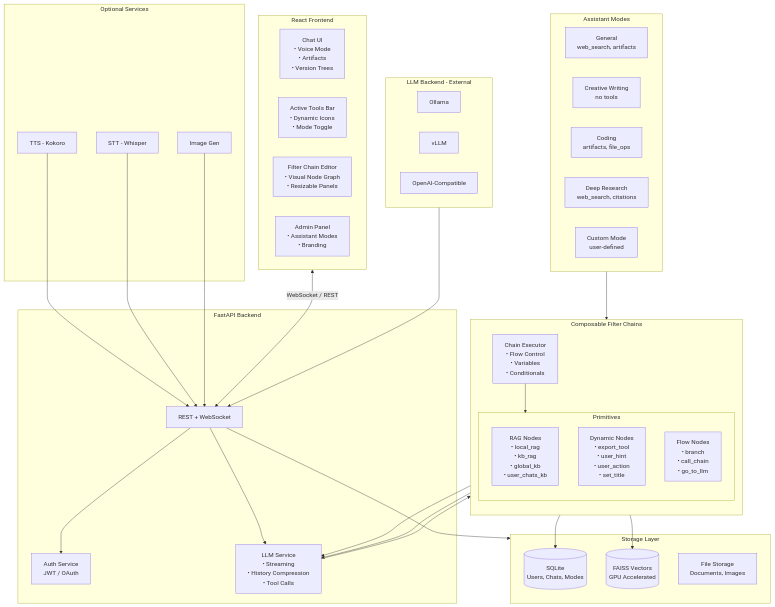
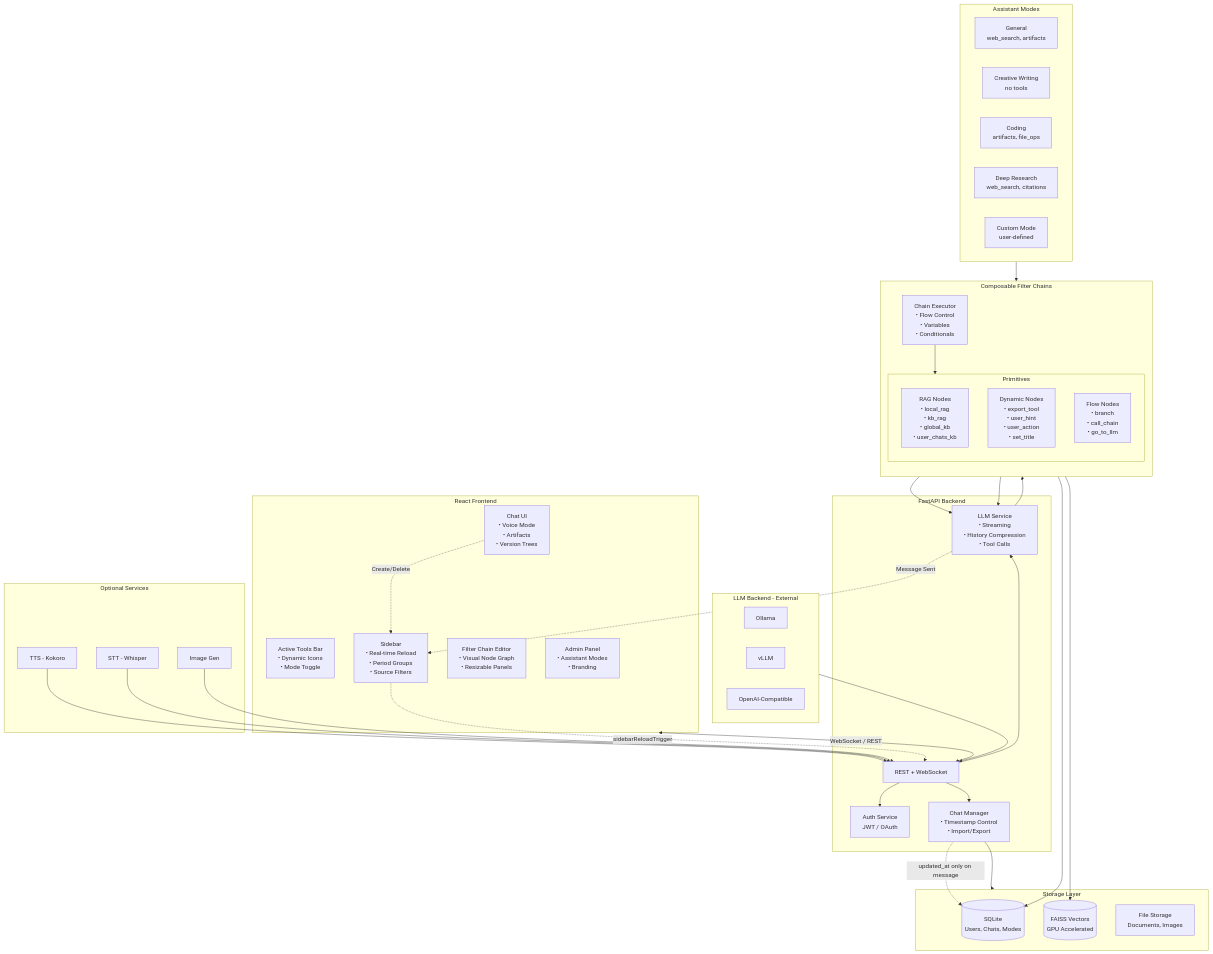
One commit to philtimmes/open-nuechat changed the diagram in README.md. Above: the diagram before and after it, drawn with Mermaid. The commit also changed other lines of this file and 59 other files, not shown here.

````diff
--- a/README.md
+++ b/README.md
@@ -45,6 +45,7 @@
     subgraph FE[React Frontend]
         UI[Chat UI<br/>• Voice Mode<br/>• Artifacts<br/>• Version Trees]
         Toolbar[Active Tools Bar<br/>• Dynamic Icons<br/>• Mode Toggle]
+        Sidebar[Sidebar<br/>• Real-time Reload<br/>• Period Groups<br/>• Source Filters]
         FlowEdit[Filter Chain Editor<br/>• Visual Node Graph<br/>• Resizable Panels]
         Admin[Admin Panel<br/>• Assistant Modes<br/>• Branding]
     end
@@ -54,6 +55,7 @@
         API[REST + WebSocket]
         Auth[Auth Service<br/>JWT / OAuth]
         LLM[LLM Service<br/>• Streaming<br/>• History Compression<br/>• Tool Calls]
+        ChatMgr[Chat Manager<br/>• Timestamp Control<br/>• Import/Export]
     end
 
     %% ===== Filter Chain System (NC-0.8.0.0) =====
@@ -95,6 +97,7 @@
     FE <--> |WebSocket / REST| API
     API --> Auth
     API --> LLM
+    API --> ChatMgr
     EXT --> API
 
     LLM --> Executor
@@ -112,5 +115,11 @@
     STT --> API
     IMG --> API
 
-    API --> STORE
+    ChatMgr --> STORE
+    
+    %% Sidebar real-time updates (NC-0.8.0.3)
+    UI -.-> |Create/Delete| Sidebar
+    LLM -.-> |Message Sent| Sidebar
+    Sidebar -.-> |sidebarReloadTrigger| API
+    ChatMgr -.-> |updated_at only on message| SQLite
 ```
````
